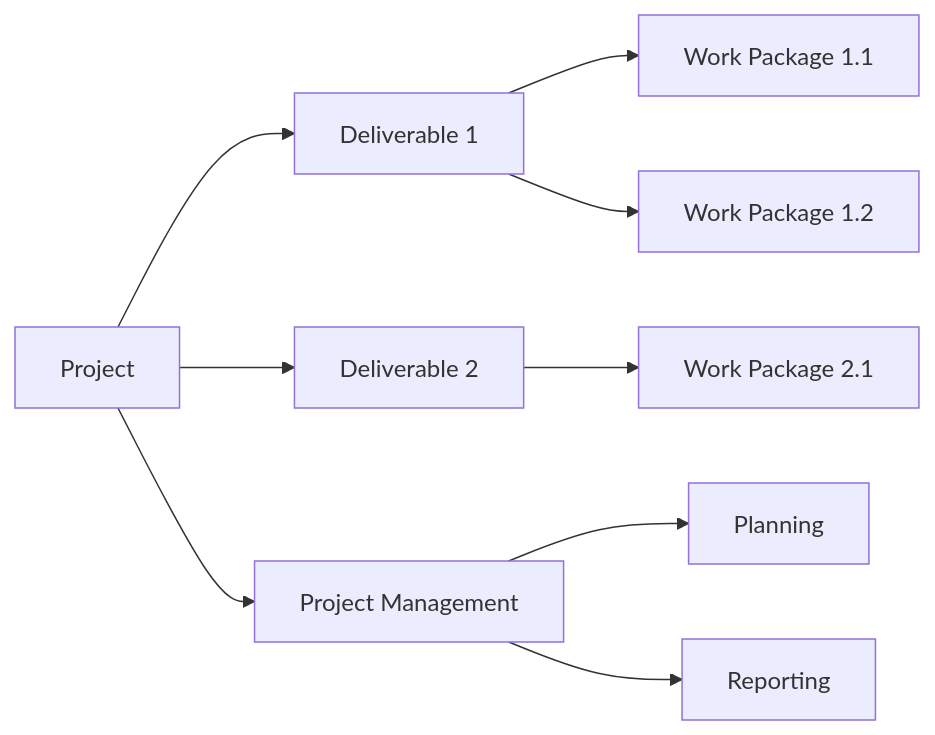
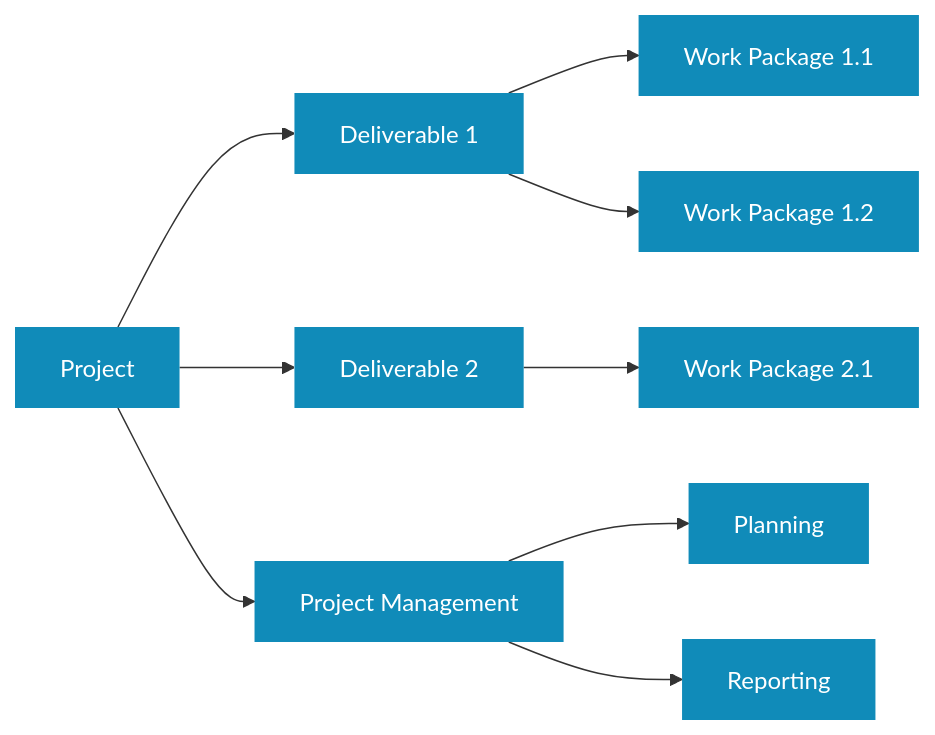
One commit to kevinmcaleer/kevstemplates.com changed the second of 3 diagrams in _pages/projects/deliverables_wbs_pbs.md. Above: the diagram before and after it, drawn with Mermaid. The commit also changed other lines of this file and 72 other files, not shown here.

```diff
--- a/_pages/projects/deliverables_wbs_pbs.md
+++ b/_pages/projects/deliverables_wbs_pbs.md
@@ -84,11 +87,14 @@
 <div class="mermaid">
 flowchart LR
     P[Project] --> D1[Deliverable 1]
     P --> D2[Deliverable 2]
     P --> PM[Project Management]
     D1 --> WP1[Work Package 1.1]
     D1 --> WP2[Work Package 1.2]
     D2 --> WP3[Work Package 2.1]
     PM --> WP4[Planning]
     PM --> WP5[Reporting]
+
+    classDef blue fill:#108BB9,stroke:none,color:#fff
+    class P,D1,D2,PM,WP1,WP2,WP3,WP4,WP5 blue
 </div>
```
